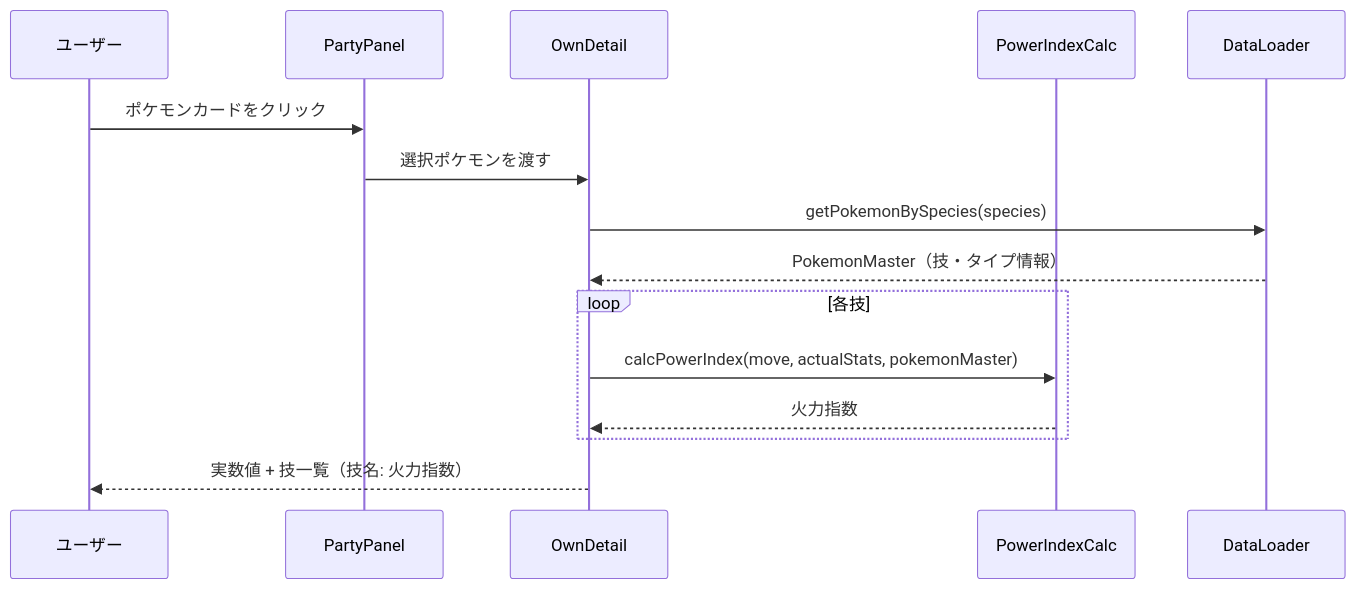
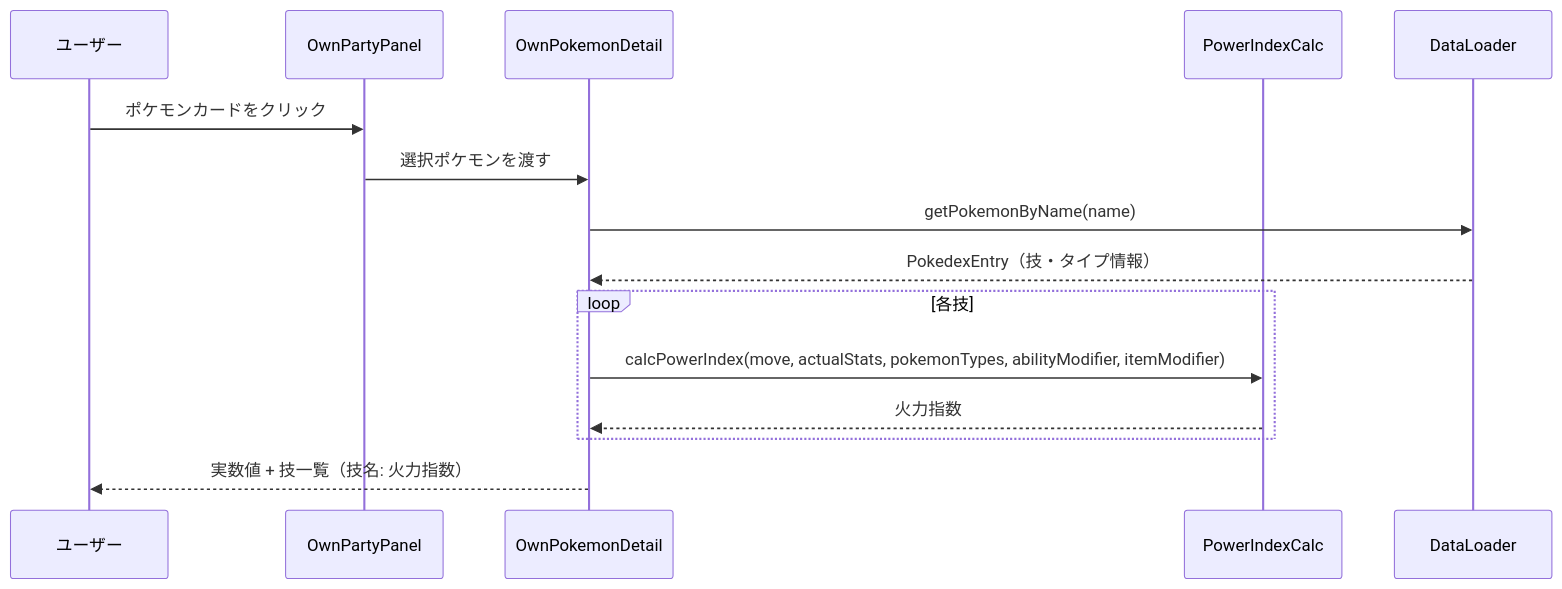
Before and after one commit to 7mgxk5856x-alt/pokelens: the third of 4 diagrams in docs/functional-design.md, drawn with Mermaid. The commit also changed other lines of this file and 8 other files, not shown here.

````diff
--- a/docs/functional-design.md
+++ b/docs/functional-design.md
@@ -263,18 +942,18 @@
 ```mermaid
 sequenceDiagram
     participant User as ユーザー
-    participant PP as PartyPanel
-    participant OD as OwnDetail
+    participant PP as OwnPartyPanel
+    participant OD as OwnPokemonDetail
     participant PC as PowerIndexCalc
     participant DL as DataLoader
 
     User->>PP: ポケモンカードをクリック
     PP->>OD: 選択ポケモンを渡す
-    OD->>DL: getPokemonBySpecies(species)
-    DL-->>OD: PokemonMaster（技・タイプ情報）
+    OD->>DL: getPokemonByName(name)
+    DL-->>OD: PokedexEntry（技・タイプ情報）
     loop 各技
-        OD->>PC: calcPowerIndex(move, actualStats, pokemonMaster)
+        OD->>PC: calcPowerIndex(move, actualStats, pokemonTypes, abilityModifier, itemModifier)
         PC-->>OD: 火力指数
     end
     OD-->>User: 実数値 + 技一覧（技名: 火力指数）
 ```
````
